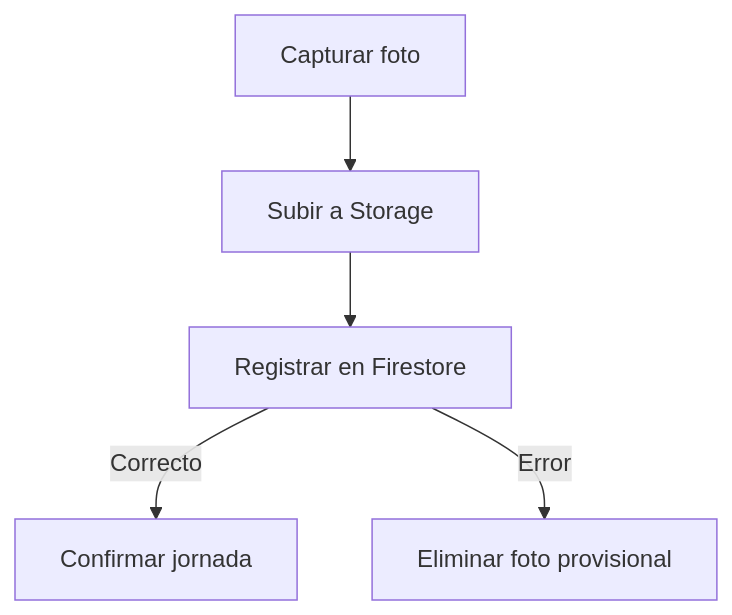
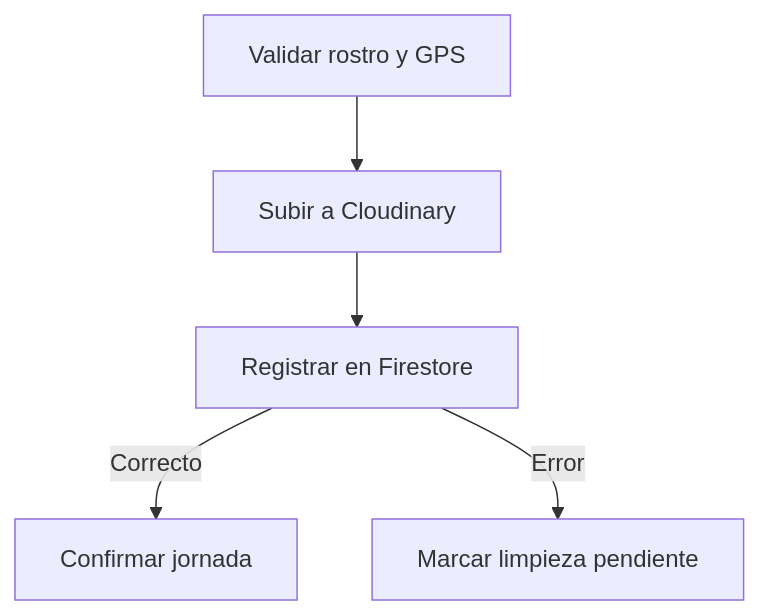
One commit to 2023141028-maker/control_asistencia changed the diagram in docs/04-pruebas-y-defensa.md. Above: the diagram before and after it, drawn with Mermaid. The commit also changed other lines of this file and 59 other files, not shown here.

````diff
--- a/docs/04-pruebas-y-defensa.md
+++ b/docs/04-pruebas-y-defensa.md
@@ -242,7 +242,7 @@
 ```mermaid
 flowchart TD
-    A[Capturar foto] --> B[Subir a Storage]
+    A[Validar rostro y GPS] --> B[Subir a Cloudinary]
     B --> C[Registrar en Firestore]
     C -->|Correcto| D[Confirmar jornada]
-    C -->|Error| E[Eliminar foto provisional]
+    C -->|Error| E[Marcar limpieza pendiente]
 ```
````
